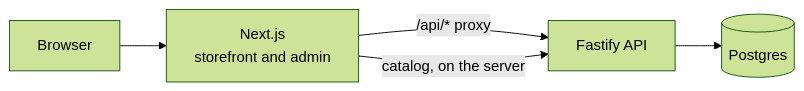
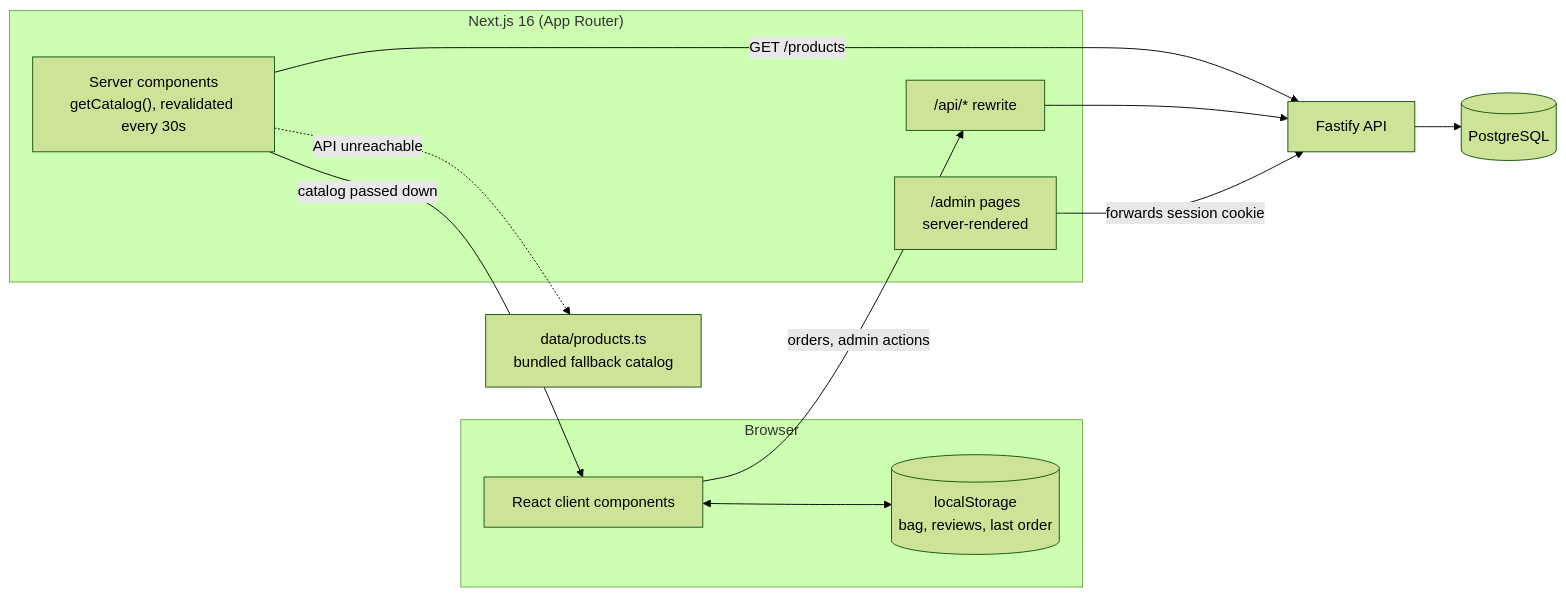
Before and after one commit to alieldeenahmed/Freyya: the first of 2 diagrams in README.md, drawn with Mermaid (forest theme). The commit also changed other lines of this file, not shown here.

Commit message:
docs: rewrite root README with a full technical audit

````diff
--- a/README.md
+++ b/README.md
@@ -34,7 +82,24 @@
 ```mermaid
 flowchart LR
-  Browser --> Web["Next.js<br/>storefront and admin"]
-  Web -- "/api/* proxy" --> API["Fastify API"]
-  Web -- "catalog, on the server" --> API
-  API --> DB[("Postgres")]
+  subgraph Browser
+    UI["React client components"]
+    LS[("localStorage<br/>bag, reviews, last order")]
+  end
+  subgraph Next["Next.js 16 (App Router)"]
+    SC["Server components<br/>getCatalog(), revalidated every 30s"]
+    AD["/admin pages<br/>server-rendered"]
+    PX["/api/* rewrite"]
+  end
+  API["Fastify API"]
+  DB[("PostgreSQL")]
+  SNAP["data/products.ts<br/>bundled fallback catalog"]
+
+  SC -->|"GET /products"| API
+  SC -.->|"API unreachable"| SNAP
+  SC -->|"catalog passed down"| UI
+  UI <--> LS
+  UI -->|"orders, admin actions"| PX
+  PX --> API
+  AD -->|"forwards session cookie"| API
+  API --> DB
 ```
````
